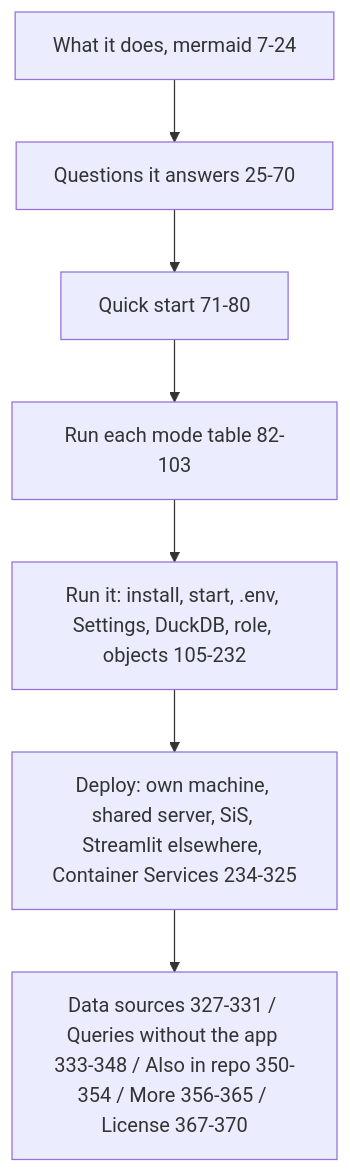
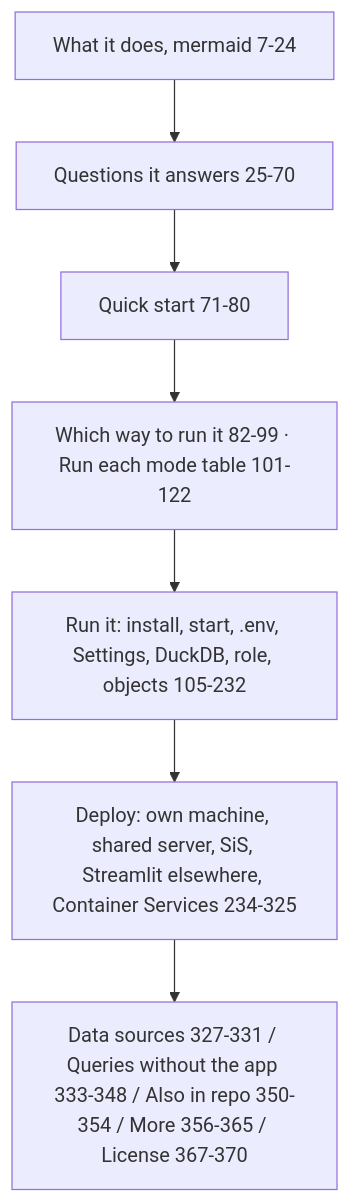
One commit to darshanmeel/snowflake-access-explorer changed the diagram in snowflake-access-explorer-knowledge-graph/documents/readme-md.md. Above: the diagram before and after it, drawn with Mermaid. The commit also changed other lines of this file and 21 other files, not shown here.

Commit message:
Knowledge graph: README run-choice section

````diff
--- a/snowflake-access-explorer-knowledge-graph/documents/readme-md.md
+++ b/snowflake-access-explorer-knowledge-graph/documents/readme-md.md
@@ -4,9 +4,9 @@
 ```mermaid
 flowchart TD
   A[What it does, mermaid 7-24] --> B[Questions it answers 25-70]
   B --> C[Quick start 71-80]
-  C --> D[Run each mode table 82-103]
+  C --> D[Which way to run it 82-99 · Run each mode table 101-122]
   D --> E[Run it: install, start, .env, Settings, DuckDB, role, objects 105-232]
   E --> F[Deploy: own machine, shared server, SiS, Streamlit elsewhere, Container Services 234-325]
   F --> G[Data sources 327-331 / Queries without the app 333-348 / Also in repo 350-354 / More 356-365 / License 367-370]
 ```
````
